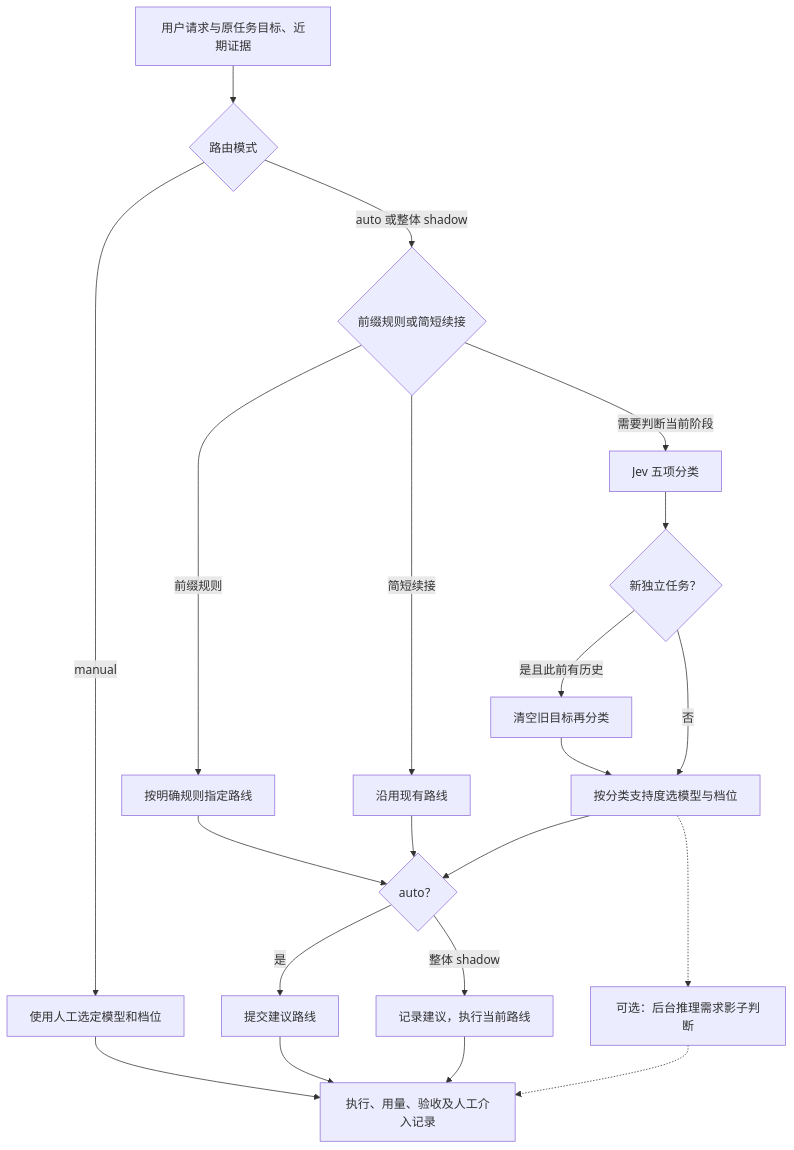
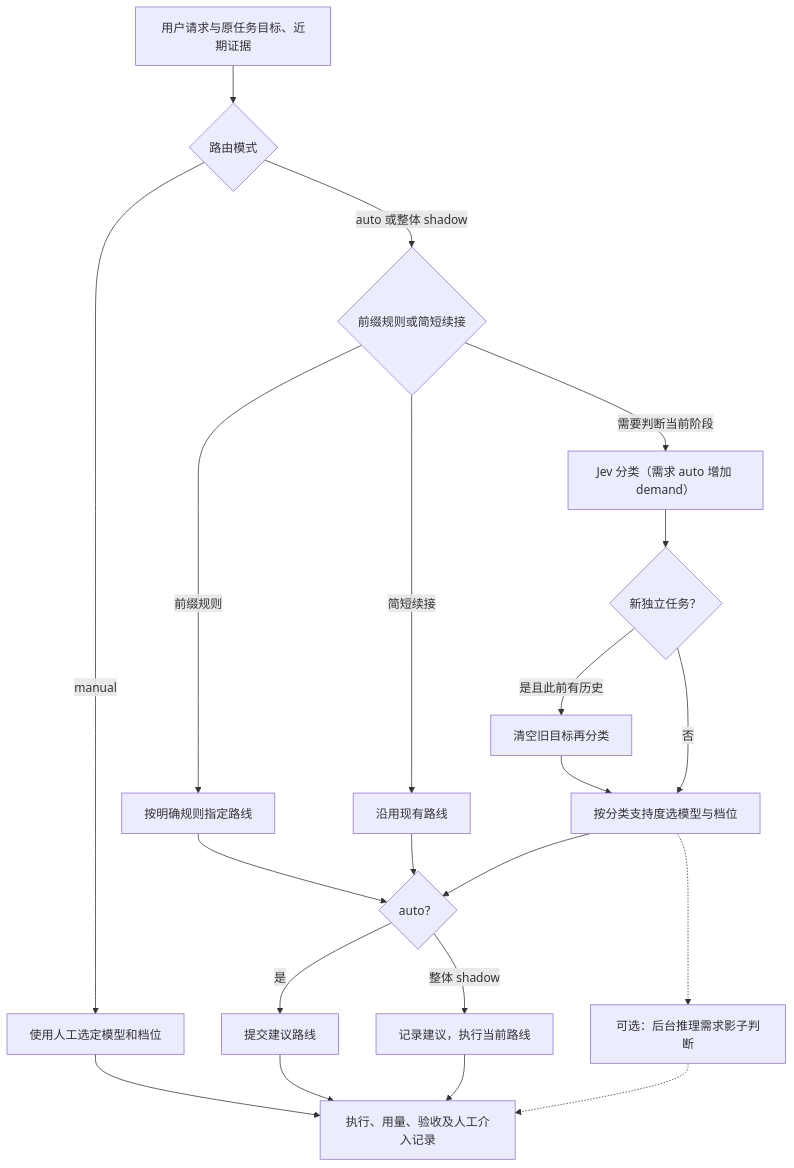
Before and after one commit to FlyTOmeLight/fenjue: the diagram in docs/routing-upgrade.md, drawn with Mermaid. The commit also changed other lines of this file and 16 other files, not shown here.

````diff
--- a/docs/routing-upgrade.md
+++ b/docs/routing-upgrade.md
@@ -41,23 +45,23 @@
 ```mermaid
 flowchart TD
   A[用户请求与原任务目标、近期证据] --> B{路由模式}
   B -->|manual| C[使用人工选定模型和档位]
   B -->|auto 或整体 shadow| D{前缀规则或简短续接}
   D -->|前缀规则| E[按明确规则指定路线]
   D -->|简短续接| F[沿用现有路线]
-  D -->|需要判断当前阶段| G[Jev 五项分类]
+  D -->|需要判断当前阶段| G[Jev 分类（需求 auto 增加 demand）]
   G --> H{新独立任务？}
   H -->|是且此前有历史| I[清空旧目标再分类]
   H -->|否| J[按分类支持度选模型与档位]
   I --> J
   J --> K{auto？}
   E --> K
   F --> K
   K -->|是| L[提交建议路线]
   K -->|整体 shadow| M[记录建议，执行当前路线]
   J -.-> N[可选：后台推理需求影子判断]
   L --> O[执行、用量、验收及人工介入记录]
   M --> O
   C --> O
   N -.-> O
 ```
````
